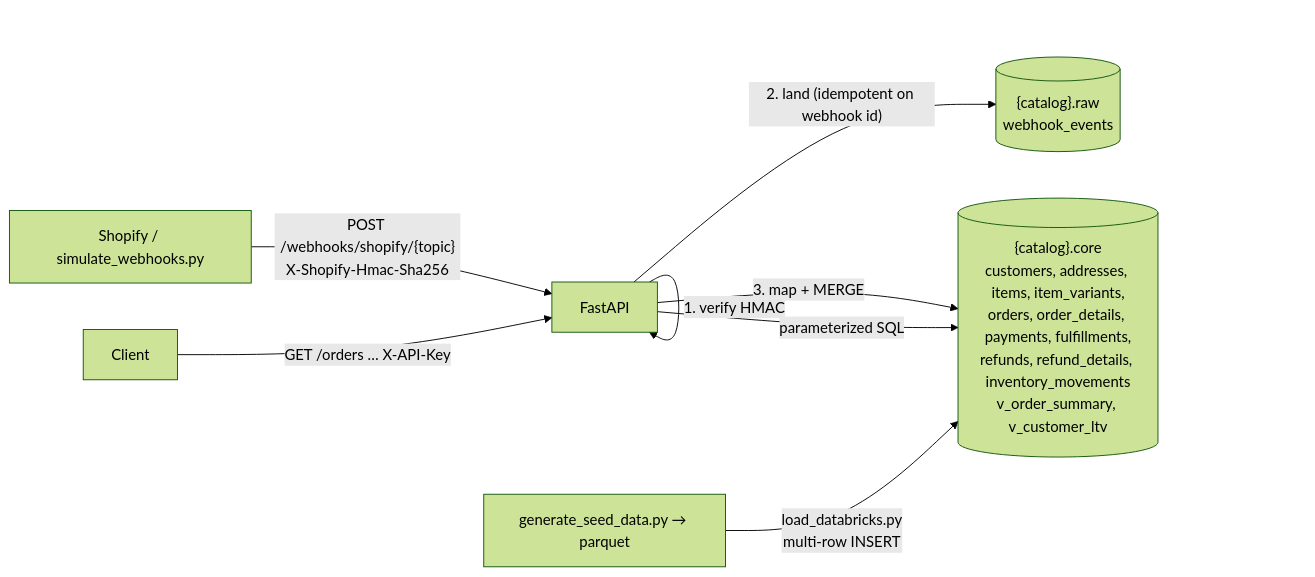
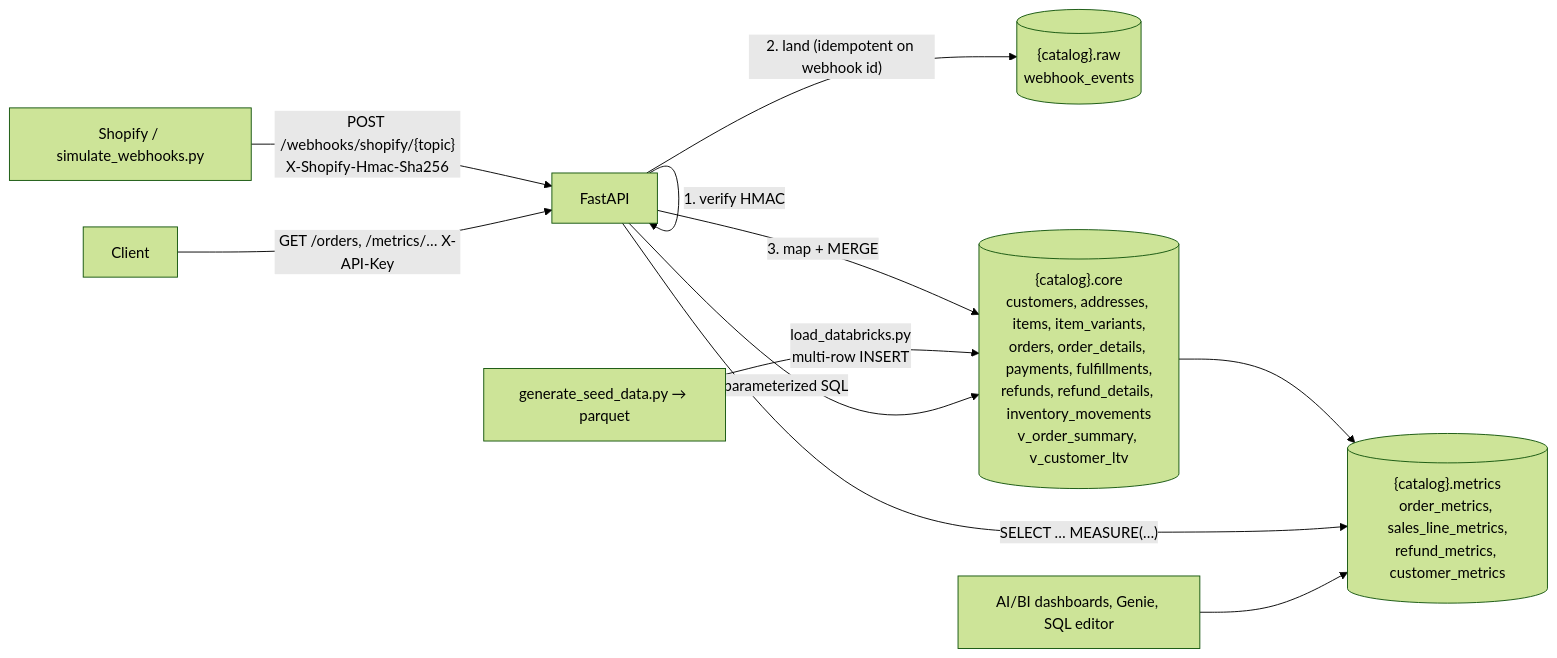
The second of 2 diagrams in README.md (sankarchidam/commerce-fastapi-poc), drawn with Mermaid (forest theme) before and after one commit. The commit also changed other lines of this file and 23 other files, not shown here.

First line of the commit message:
Add Unity Catalog metric views and /metrics API

````diff
--- a/README.md
+++ b/README.md
@@ -34,10 +35,13 @@
 ```mermaid
 flowchart LR
     S[Shopify / simulate_webhooks.py] -- "POST /webhooks/shopify/{topic}<br/>X-Shopify-Hmac-Sha256" --> API[FastAPI]
     API -- "1. verify HMAC" --> API
     API -- "2. land (idempotent on webhook id)" --> RAW[("{catalog}.raw<br/>webhook_events")]
     API -- "3. map + MERGE" --> CORE[("{catalog}.core<br/>customers, addresses, items, item_variants,<br/>orders, order_details, payments, fulfillments,<br/>refunds, refund_details, inventory_movements<br/>v_order_summary, v_customer_ltv")]
     SEED[generate_seed_data.py → parquet] -- "load_databricks.py<br/>multi-row INSERT" --> CORE
-    C[Client] -- "GET /orders … X-API-Key" --> API
+    CORE --> MV[("{catalog}.metrics<br/>order_metrics, sales_line_metrics,<br/>refund_metrics, customer_metrics")]
+    C[Client] -- "GET /orders, /metrics/… X-API-Key" --> API
     API -- "parameterized SQL" --> CORE
+    API -- "SELECT … MEASURE(…)" --> MV
+    BI[AI/BI dashboards, Genie, SQL editor] --> MV
 ```
````
